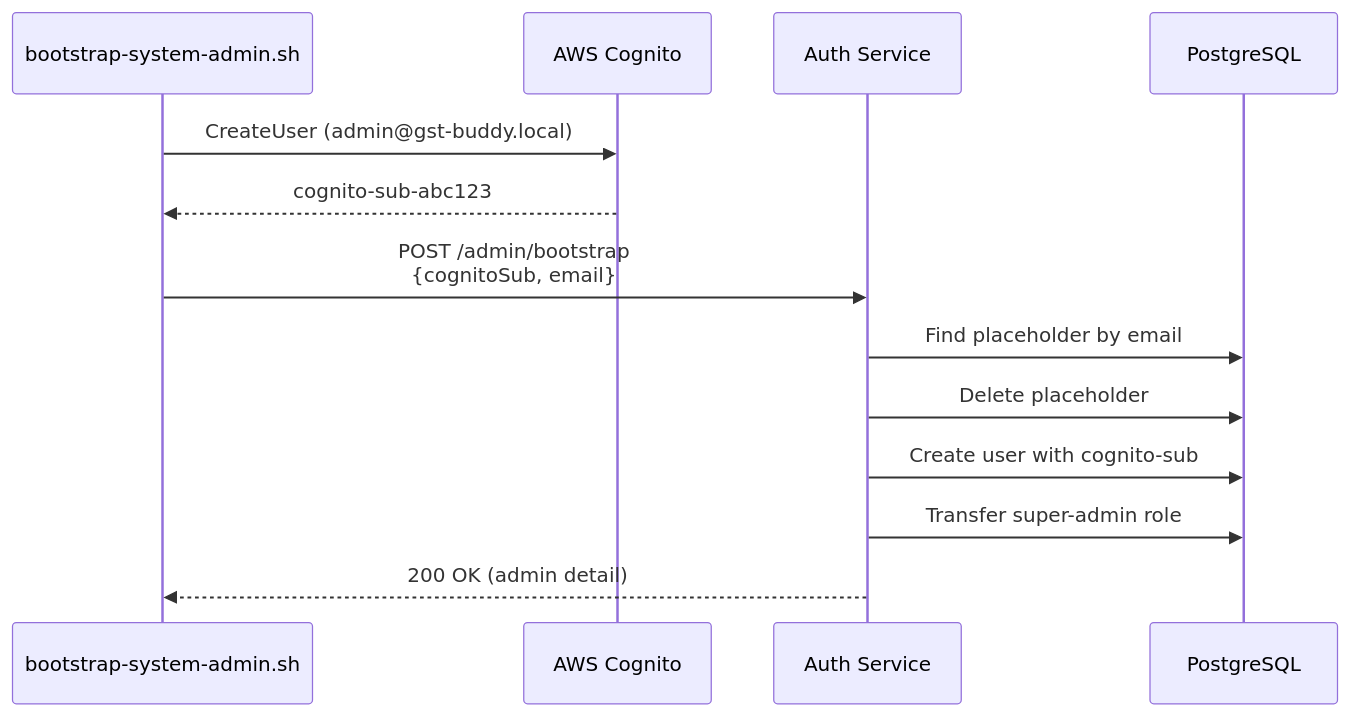
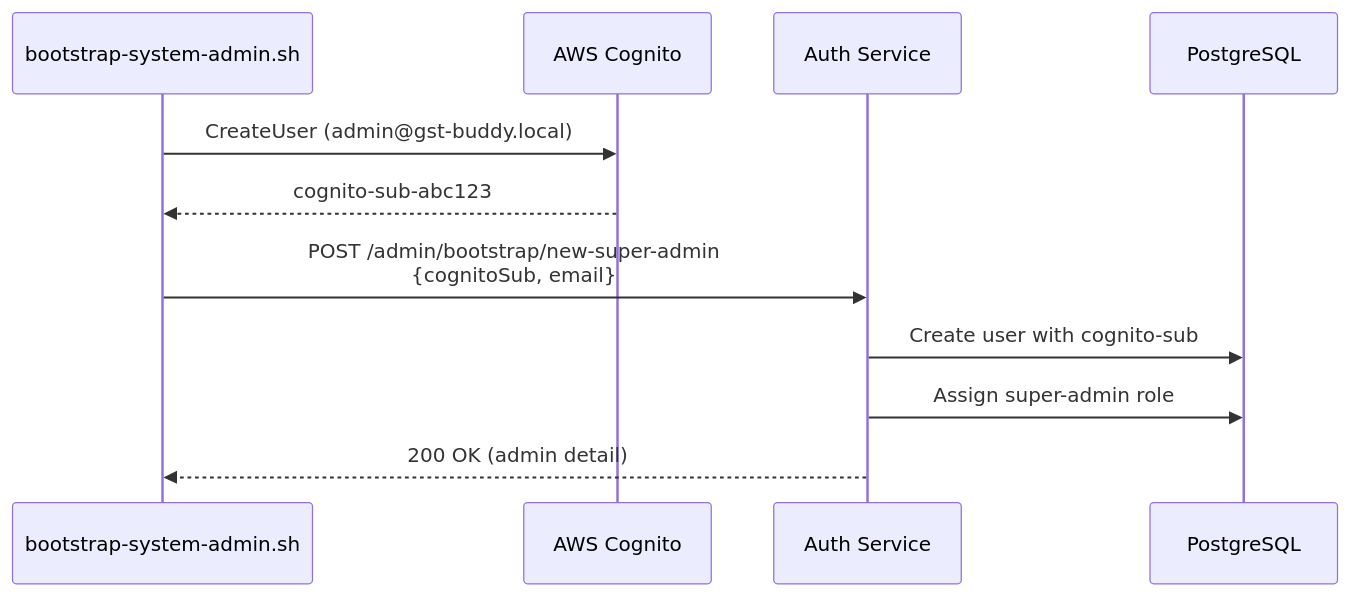
One commit to pawanraocse/gst-buddy changed the second of 2 diagrams in docs/ADMIN_PANEL.md. Above: the diagram before and after it, drawn with Mermaid. The commit also changed other lines of this file and 9 other files, not shown here.

Commit message:
feat: implement secure super-admin bootstrap process; update API endpoint and enhance script configuration

````diff
--- a/docs/ADMIN_PANEL.md
+++ b/docs/ADMIN_PANEL.md
@@ -103,16 +103,14 @@
 ```mermaid
 sequenceDiagram
     participant Script as bootstrap-system-admin.sh
     participant Cognito as AWS Cognito
     participant AuthService as Auth Service
     participant DB as PostgreSQL
 
     Script->>Cognito: CreateUser (admin@gst-buddy.local)
     Cognito-->>Script: cognito-sub-abc123
-    Script->>AuthService: POST /admin/bootstrap<br/>{cognitoSub, email}
-    AuthService->>DB: Find placeholder by email
-    AuthService->>DB: Delete placeholder
+    Script->>AuthService: POST /admin/bootstrap/new-super-admin<br/>{cognitoSub, email}
     AuthService->>DB: Create user with cognito-sub
-    AuthService->>DB: Transfer super-admin role
+    AuthService->>DB: Assign super-admin role
     AuthService-->>Script: 200 OK (admin detail)
 ```
````
